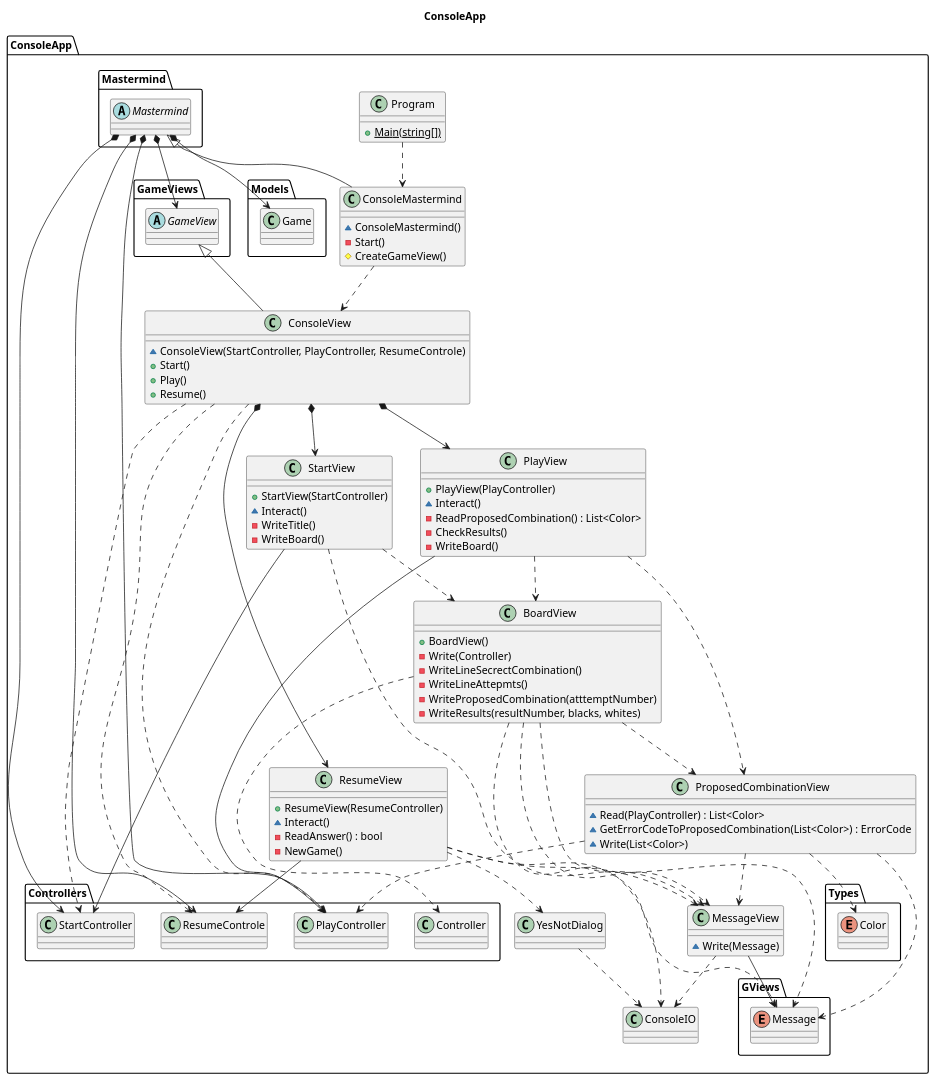
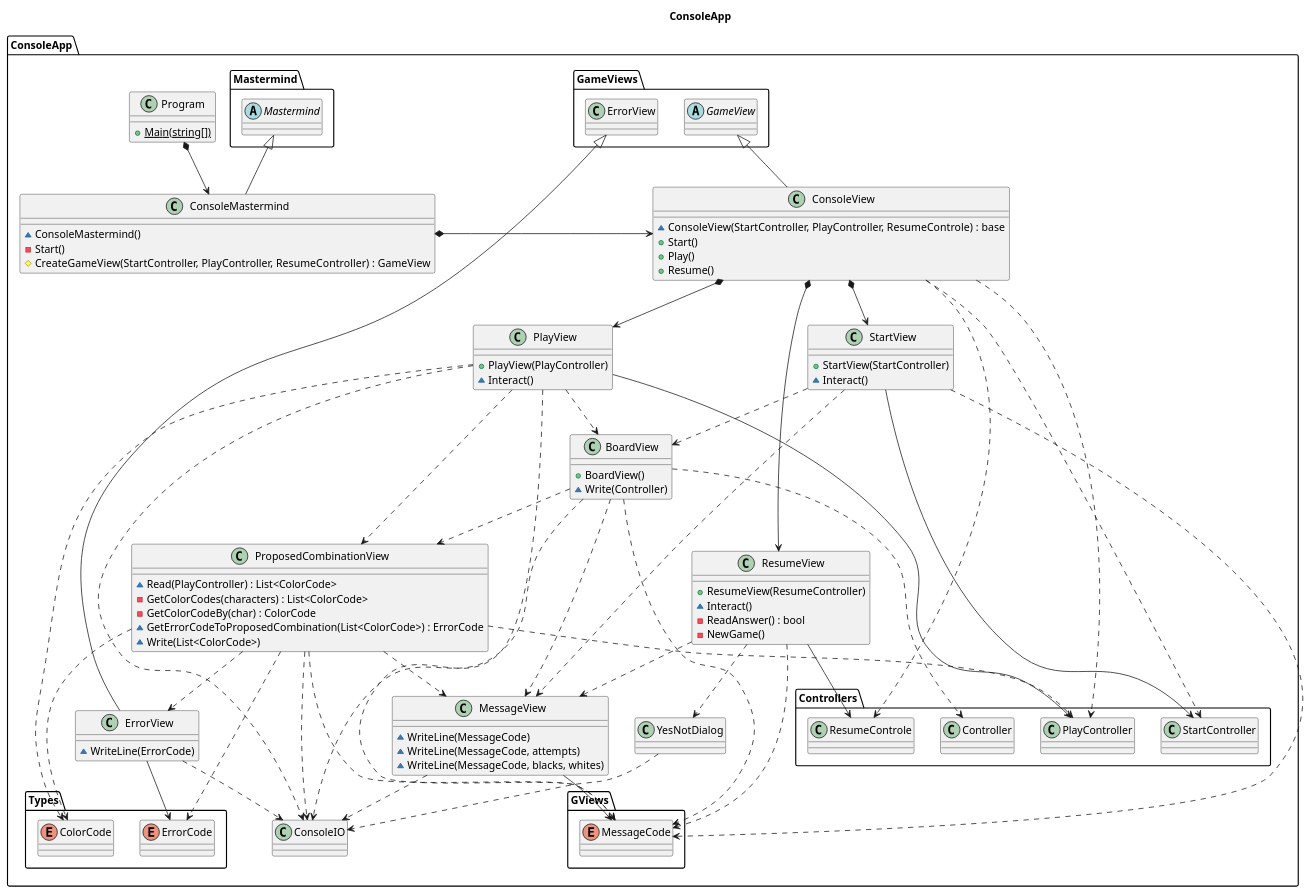
One commit to franpaulinoinfante/MasterSoftwareDevelopment changed the diagram in src/Mastermind/ModelViewPresenter/PresentationModel/Basic/docs/ConsoleApp.plantuml. Above: the diagram before and after it, drawn with PlantUML. The commit also changed 12 other files, not shown here.

```diff
--- a/src/Mastermind/ModelViewPresenter/PresentationModel/Basic/docs/ConsoleApp.plantuml
+++ b/src/Mastermind/ModelViewPresenter/PresentationModel/Basic/docs/ConsoleApp.plantuml
@@ -1,116 +1,122 @@
 @startuml ConsoleApp
 title ConsoleApp
 namespace ConsoleApp{    
     class Program{
         +{static} Main(string[])
     }
-    Program ..> ConsoleMastermind
+    Program *--> ConsoleMastermind
 
     class ConsoleMastermind{
         ~ConsoleMastermind()
         -Start()
-        #CreateGameView()
+        #CreateGameView(StartController, PlayController, ResumeController) : GameView
     }
     ConsoleMastermind -up-|> Mastermind.Mastermind
-    ConsoleMastermind ..> ConsoleView
+    ConsoleMastermind *-right-> ConsoleView
 
     abstract Mastermind.Mastermind{        
     }
-    Mastermind.Mastermind *--> Models.Game
-    Mastermind.Mastermind *--> Controllers.StartController
-    Mastermind.Mastermind *--> Controllers.PlayController
-    Mastermind.Mastermind *--> Controllers.ResumeControle
-    Mastermind.Mastermind *--> GameViews.GameView
 
     class ConsoleView{
-        ~ConsoleView(StartController, PlayController, ResumeControle)
+        ~ConsoleView(StartController, PlayController, ResumeControle) : base
         +Start()
         +Play()
         +Resume()
     }
     ConsoleView -up-|> GameViews.GameView
     ConsoleView ..> Controllers.StartController
     ConsoleView ..> Controllers.PlayController
     ConsoleView ..> Controllers.ResumeControle
     ConsoleView *--> StartView
     ConsoleView *--> PlayView
     ConsoleView *--> ResumeView
 
     class StartView{
         +StartView(StartController)
         ~Interact()
-        -WriteTitle()
-        -WriteBoard()
     }
     StartView --> Controllers.StartController
     StartView ..> MessageView
+    StartView ..> GViews.MessageCode
     StartView ..> BoardView
 
     class MessageView{
-        ~Write(Message)
+        ~WriteLine(MessageCode)
+        ~WriteLine(MessageCode, attempts)
+        ~WriteLine(MessageCode, blacks, whites)        
     }
-    MessageView --> GViews.Message
+    MessageView --> GViews.MessageCode
     MessageView ..> ConsoleIO
 
     class BoardView{
         +BoardView()
-        -Write(Controller)
-        -WriteLineSecrectCombination()
-        -WriteLineAttepmts()
-        -WriteProposedCombination(atttemptNumber)
-        -WriteResults(resultNumber, blacks, whites)        
+        ~Write(Controller)
     }
     BoardView ..> Controllers.Controller
     BoardView ..> ProposedCombinationView
     BoardView ..> MessageView
-    BoardView ..> GViews.Message
+    BoardView ..> GViews.MessageCode
     BoardView ..> ConsoleIO
 
     class ProposedCombinationView{
-        ~Read(PlayController) : List<Color>
-        ~GetErrorCodeToProposedCombination(List<Color>) : ErrorCode
-        ~Write(List<Color>)
+        ~Read(PlayController) : List<ColorCode>
+        -GetColorCodes(characters) : List<ColorCode>
+        -GetColorCodeBy(char) : ColorCode
+        ~GetErrorCodeToProposedCombination(List<ColorCode>) : ErrorCode
+        ~Write(List<ColorCode>)
     }
     ProposedCombinationView ..> Controllers.PlayController
-    ProposedCombinationView ..> Types.Color
+    ProposedCombinationView ..> Types.ColorCode
+    ProposedCombinationView ..> ErrorView
+    ProposedCombinationView ..> Types.ErrorCode
     ProposedCombinationView ..> MessageView
-    ProposedCombinationView ..> GViews.Message
+    ProposedCombinationView ..> GViews.MessageCode
+    ProposedCombinationView ..> ConsoleIO
+
+    class ErrorView {
+        ~WriteLine(ErrorCode)
+    }
+    ErrorView -up-|> GameViews.ErrorView
+    ErrorView --> Types.ErrorCode
+    ErrorView ..> ConsoleIO
 
     class PlayView{
         +PlayView(PlayController)
         ~Interact()
-        -ReadProposedCombination() : List<Color>
-        -CheckResults()
-        -WriteBoard()
     }
     PlayView --> Controllers.PlayController
     PlayView ..> ProposedCombinationView
+    PlayView ..> Types.ColorCode
+    PlayView ..> GViews.MessageCode
     PlayView ..> BoardView
+    PlayView ..> ConsoleIO
 
     class ResumeView{
         +ResumeView(ResumeController)
         ~Interact()
         -ReadAnswer() : bool
         -NewGame()
     }
     ResumeView --> Controllers.ResumeControle
     ResumeView ..> MessageView
-    ResumeView ..> GViews.Message
+    ResumeView ..> GViews.MessageCode
     ResumeView ..> YesNotDialog
 
     class YesNotDialog {
 
     }
     YesNotDialog ..> ConsoleIO
 
     
 
     abstract Mastermind.Mastermind{}
 
     abstract GameViews.GameView{}
 
-    enum GViews.Message{}
+    enum GViews.MessageCode{}
     
-    enum Types.Color{}
+    enum Types.ColorCode{}
+
+    enum Types.ErrorCode{}
 }
 @enduml
```
